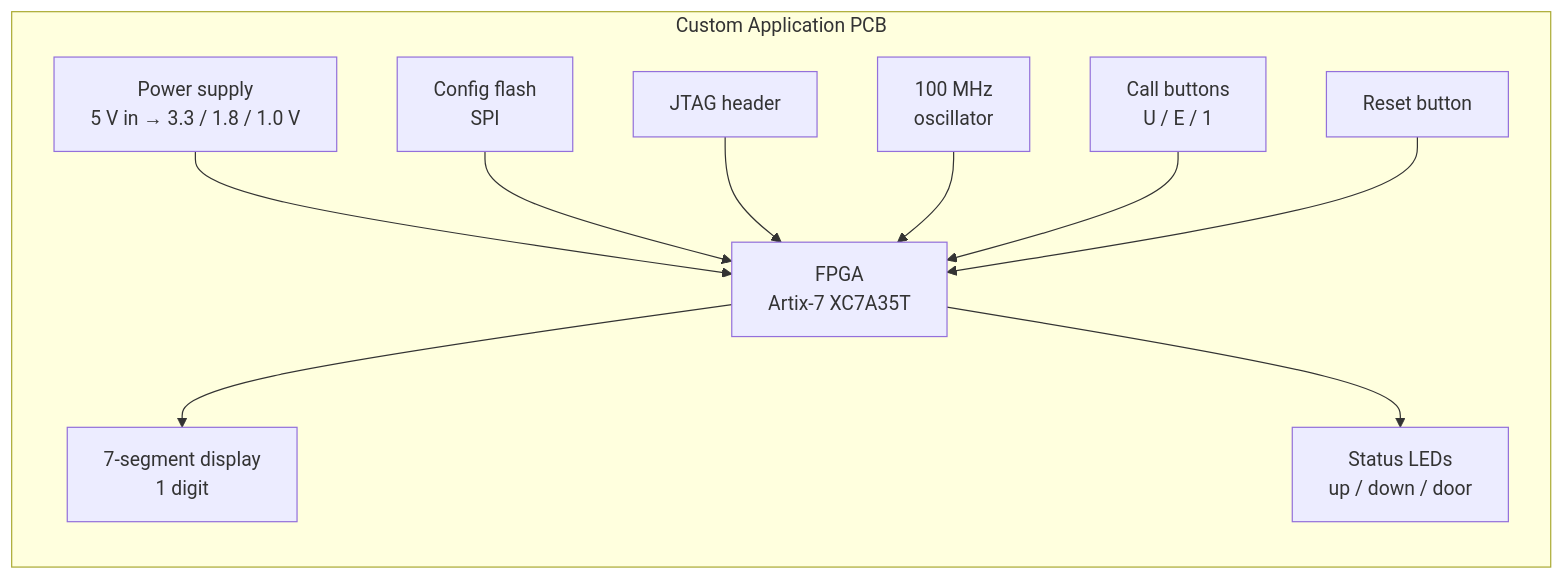
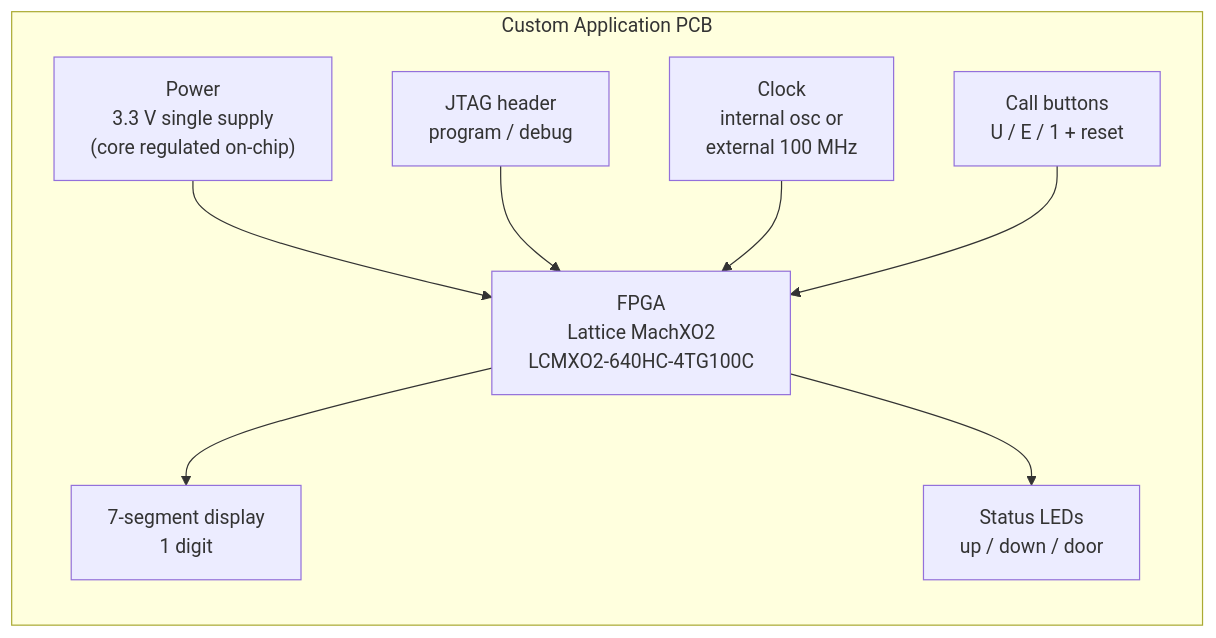
One commit to Oluwasholape/SS2026_HWE_Lab_Team_A6 changed the fourth of 4 diagrams in project/README.md. Above: the diagram before and after it, drawn with Mermaid. The commit also changed other lines of this file, not shown here.

````diff
--- a/project/README.md
+++ b/project/README.md
@@ -308,24 +241,19 @@
 ```mermaid
 flowchart TB
     subgraph BOARD["Custom Application PCB"]
         direction TB
-        PWR["Power supply<br/>5 V in → 3.3 / 1.8 / 1.0 V"]
-        CFG["Config flash<br/>SPI"]
-        JTAG["JTAG header"]
-        OSC["100 MHz<br/>oscillator"]
-        FPGA["FPGA<br/>Artix-7 XC7A35T"]
-        BTN["Call buttons<br/>U / E / 1"]
-        RSTB["Reset button"]
+        PWR["Power<br/>3.3 V single supply<br/>(core regulated on-chip)"]
+        JTAG["JTAG header<br/>program / debug"]
+        OSC["Clock<br/>internal osc or<br/>external 100 MHz"]
+        FPGA["FPGA<br/>Lattice MachXO2<br/>LCMXO2-640HC-4TG100C"]
+        BTN["Call buttons<br/>U / E / 1 + reset"]
         SEG["7-segment display<br/>1 digit"]
         LED["Status LEDs<br/>up / down / door"]
     end
-
     PWR --> FPGA
-    CFG --> FPGA
     JTAG --> FPGA
     OSC --> FPGA
     BTN --> FPGA
-    RSTB --> FPGA
     FPGA --> SEG
     FPGA --> LED
 ```
````
